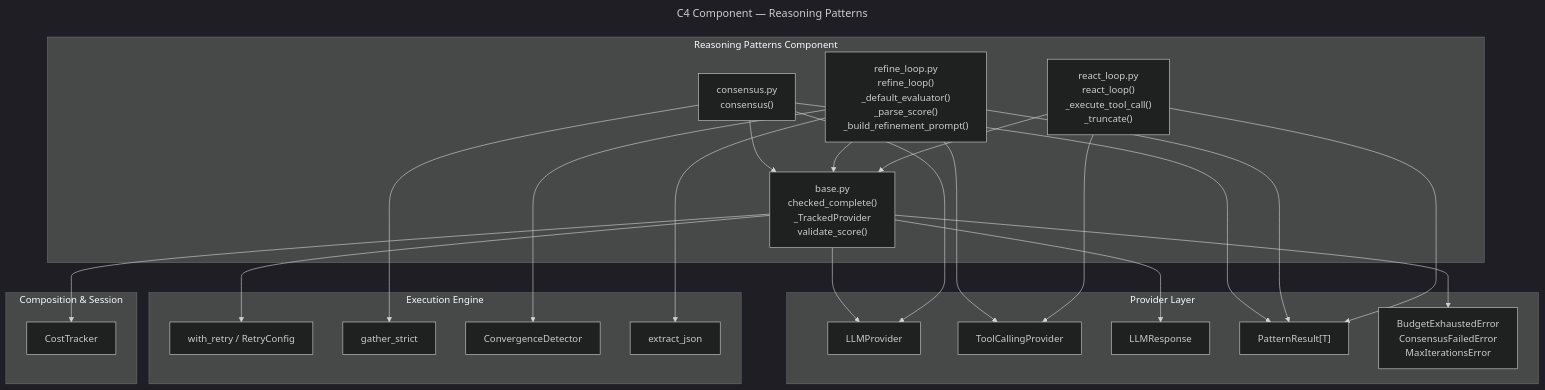
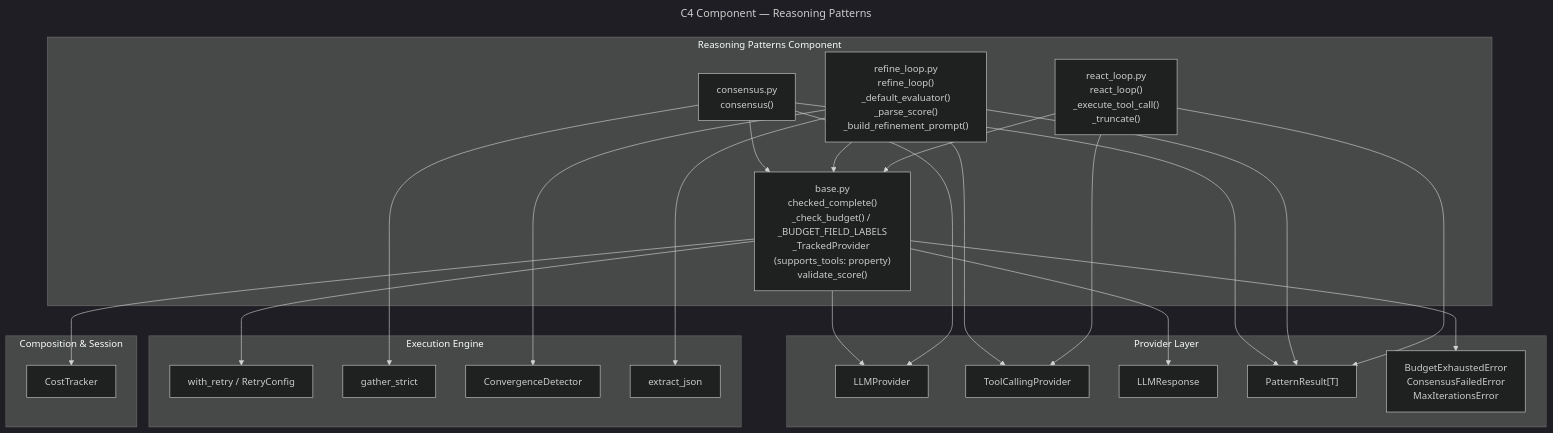
The diagram in docs/c4/c4-component-reasoning-patterns.md (tafreeman/executionkit), drawn with Mermaid (dark theme) before and after one commit. The commit also changed other lines of this file and 7 other files, not shown here.

First line of the commit message:
docs: update architecture, API reference, and C4 diagrams post-refactor

````diff
--- a/docs/c4/c4-component-reasoning-patterns.md
+++ b/docs/c4/c4-component-reasoning-patterns.md
@@ -114,53 +116,53 @@
 ```mermaid
 ---
 title: C4 Component — Reasoning Patterns
 ---
 flowchart TB
     subgraph ReasoningPatterns["Reasoning Patterns Component"]
-        BASE["base.py\nchecked_complete()\n_TrackedProvider\nvalidate_score()"]
+        BASE["base.py\nchecked_complete()\n_check_budget() / _BUDGET_FIELD_LABELS\n_TrackedProvider (supports_tools: property)\nvalidate_score()"]
         CONS["consensus.py\nconsensus()"]
         REFINE["refine_loop.py\nrefine_loop()\n_default_evaluator()\n_parse_score()\n_build_refinement_prompt()"]
         REACT["react_loop.py\nreact_loop()\n_execute_tool_call()\n_truncate()"]
     end
 
     subgraph ProviderLayer["Provider Layer"]
         LLMP["LLMProvider"]
         TOOLP["ToolCallingProvider"]
         RESP["LLMResponse"]
         PRESULT["PatternResult[T]"]
         ERRS["BudgetExhaustedError\nConsensusFailedError\nMaxIterationsError"]
     end
 
     subgraph ExecutionEngine["Execution Engine"]
         RETRY["with_retry / RetryConfig"]
         GATHER["gather_strict"]
         CONV["ConvergenceDetector"]
         JSONEX["extract_json"]
     end
 
     subgraph CompositionSession["Composition & Session"]
         COST["CostTracker"]
     end
 
     CONS --> BASE
     REFINE --> BASE
     REACT --> BASE
 
     BASE --> LLMP
     BASE --> RESP
     BASE --> COST
     BASE --> RETRY
     BASE --> ERRS
 
     CONS --> GATHER
     CONS --> LLMP
     CONS --> PRESULT
 
     REFINE --> CONV
     REFINE --> JSONEX
     REFINE --> TOOLP
     REFINE --> PRESULT
 
     REACT --> TOOLP
     REACT --> PRESULT
 ```
````
